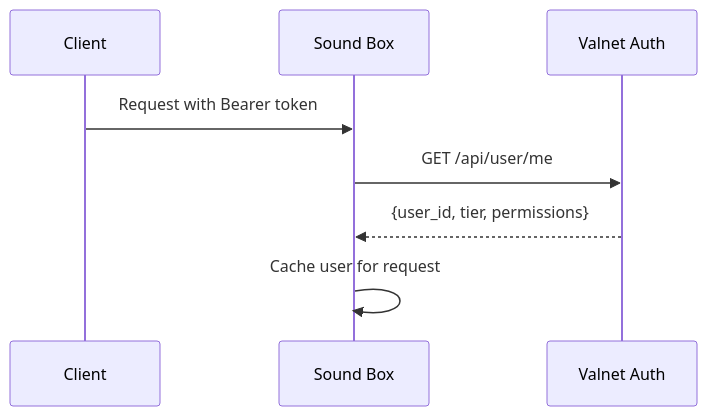
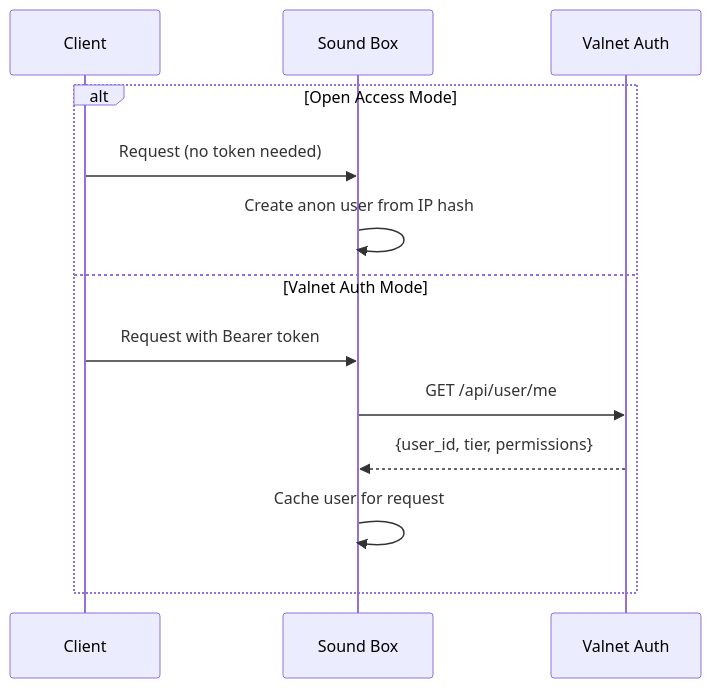
Before and after one commit to Valpatel/app-soundbox: the ninth of 9 diagrams in docs/ARCHITECTURE.md, drawn with Mermaid. The commit also changed other lines of this file and 26 other files, not shown here.

````diff
--- a/docs/ARCHITECTURE.md
+++ b/docs/ARCHITECTURE.md
@@ -441,11 +519,16 @@
 ```mermaid
 sequenceDiagram
     participant C as Client
     participant S as Sound Box
     participant V as Valnet Auth
 
-    C->>S: Request with Bearer token
-    S->>V: GET /api/user/me
-    V-->>S: {user_id, tier, permissions}
-    S->>S: Cache user for request
+    alt Open Access Mode
+        C->>S: Request (no token needed)
+        S->>S: Create anon user from IP hash
+    else Valnet Auth Mode
+        C->>S: Request with Bearer token
+        S->>V: GET /api/user/me
+        V-->>S: {user_id, tier, permissions}
+        S->>S: Cache user for request
+    end
 ```
````
